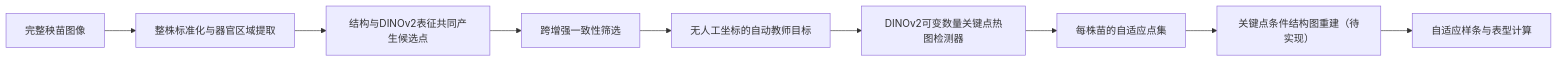
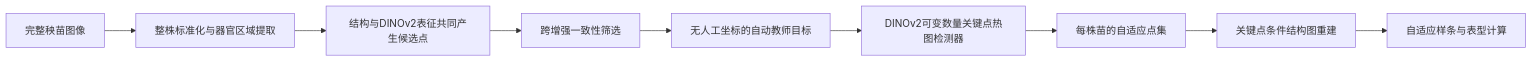
One commit to KaifengWei/adaptive-keypoint-discovery changed the diagram in adaptive_keypoint_discovery_reboot/项目核心概念与论文术语说明.md. Above: the diagram before and after it, drawn with Mermaid. The commit also changed other lines of this file and 10 other files, not shown here.

````diff
--- a/adaptive_keypoint_discovery_reboot/项目核心概念与论文术语说明.md
+++ b/adaptive_keypoint_discovery_reboot/项目核心概念与论文术语说明.md
@@ -15,11 +15,11 @@
 ```mermaid
 flowchart LR
     A["完整秧苗图像"] --> B["整株标准化与器官区域提取"]
     B --> C["结构与DINOv2表征共同产生候选点"]
     C --> D["跨增强一致性筛选"]
     D --> E["无人工坐标的自动教师目标"]
     E --> F["DINOv2可变数量关键点热图检测器"]
     F --> G["每株苗的自适应点集"]
-    G --> H["关键点条件结构图重建（待实现）"]
+    G --> H["关键点条件结构图重建"]
     H --> I["自适应样条与表型计算"]
 ```
````
